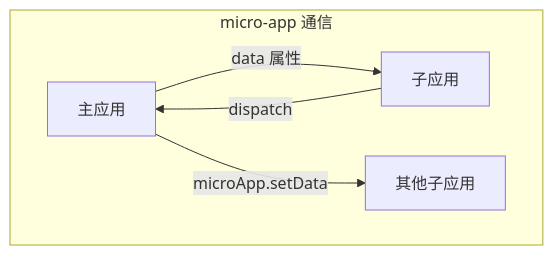
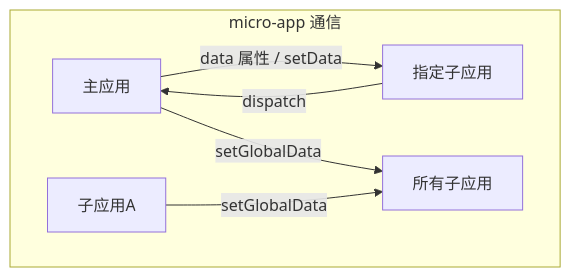
The third of 3 diagrams in .kiro/specs/micro-frontend-migration/design.md (sdwurg180507280211/metersphere), drawn with Mermaid before and after one commit. The commit also changed other lines of this file and 1 other file, not shown here.

Commit message:
micro-app微前端实现

````diff
--- a/.kiro/specs/micro-frontend-migration/design.md
+++ b/.kiro/specs/micro-frontend-migration/design.md
@@ -286,8 +480,9 @@
 ```mermaid
 graph TB
     subgraph "micro-app 通信"
-        MA[主应用] -->|"data 属性"| SA[子应用]
+        MA[主应用] -->|"data 属性 / setData"| SA[指定子应用]
         SA -->|"dispatch"| MA
-        MA -->|"microApp.setData"| SA2[其他子应用]
+        MA -->|"setGlobalData"| ALL[所有子应用]
+        SA2[子应用A] -->|"setGlobalData"| ALL
     end
 ```
````
